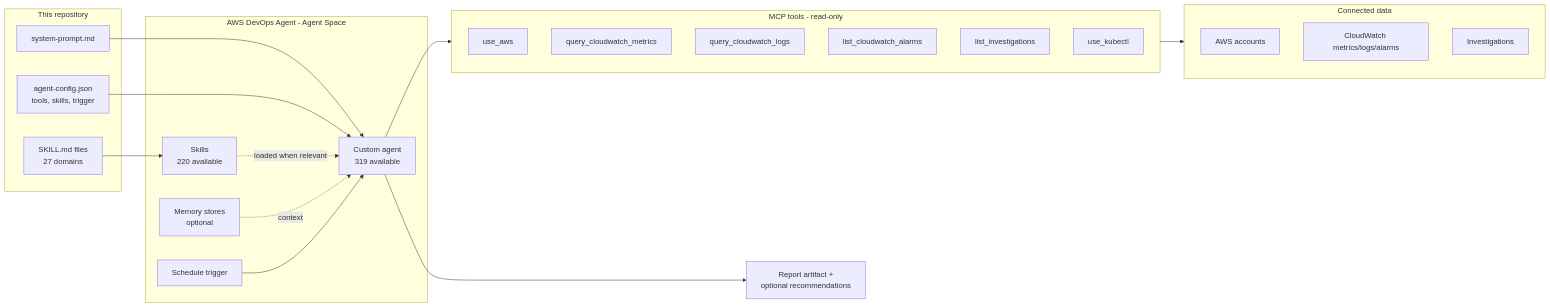
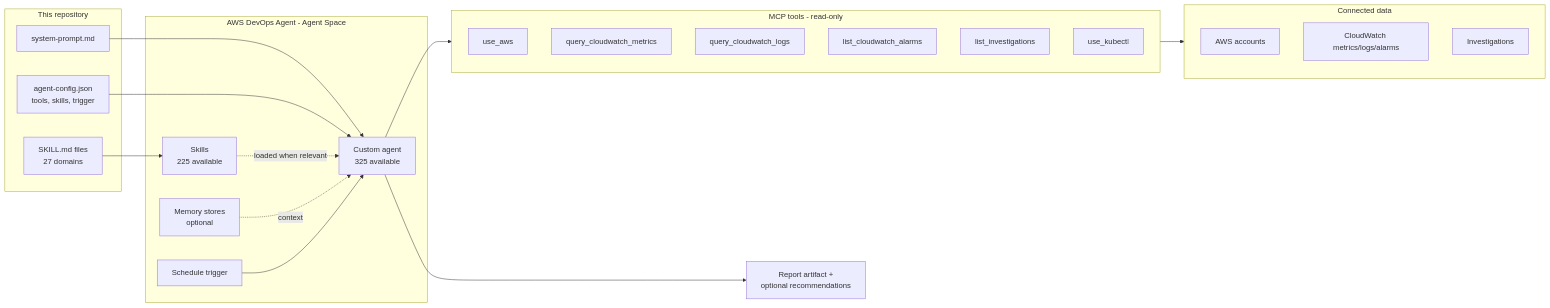
The first of 4 diagrams in README.md (Misterb91123/aws-sample-ai-agents), drawn with Mermaid before and after one commit. The commit also changed other lines of this file and 20 other files, not shown here.

````diff
--- a/README.md
+++ b/README.md
@@ -28,42 +28,42 @@
 ```mermaid
 flowchart LR
     subgraph Repo["This repository"]
         SP[system-prompt.md]
         CFG[agent-config.json<br/>tools, skills, trigger]
         SK[SKILL.md files<br/>27 domains]
     end
 
     subgraph Space["AWS DevOps Agent - Agent Space"]
-        AG[Custom agent<br/>319 available]
-        SKA[Skills<br/>220 available]
+        AG[Custom agent<br/>325 available]
+        SKA[Skills<br/>225 available]
         MEM[Memory stores<br/>optional]
         TRG[Schedule trigger]
     end
 
     subgraph Tools["MCP tools - read-only"]
         T1[use_aws]
         T2[query_cloudwatch_metrics]
         T3[query_cloudwatch_logs]
         T4[list_cloudwatch_alarms]
         T5[list_investigations]
         T6[use_kubectl]
     end
 
     subgraph Sources["Connected data"]
         AWS[AWS accounts]
         CW[CloudWatch metrics/logs/alarms]
         INV[Investigations]
     end
 
     OUT[Report artifact +<br/>optional recommendations]
 
     SP --> AG
     CFG --> AG
     SK --> SKA
     SKA -.loaded when relevant.-> AG
     MEM -.context.-> AG
     TRG --> AG
     AG --> Tools
     Tools --> Sources
     AG --> OUT
 ```
````
